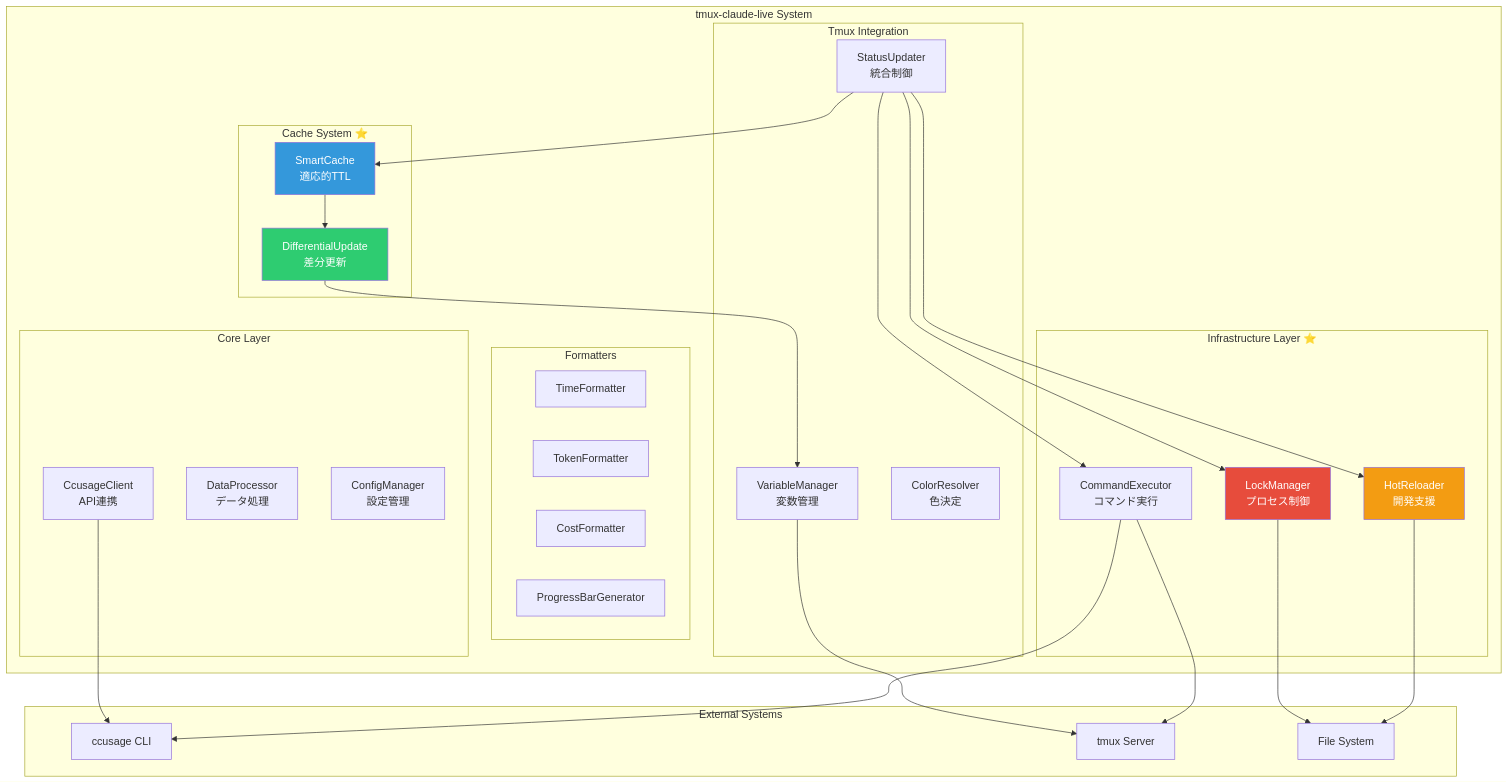
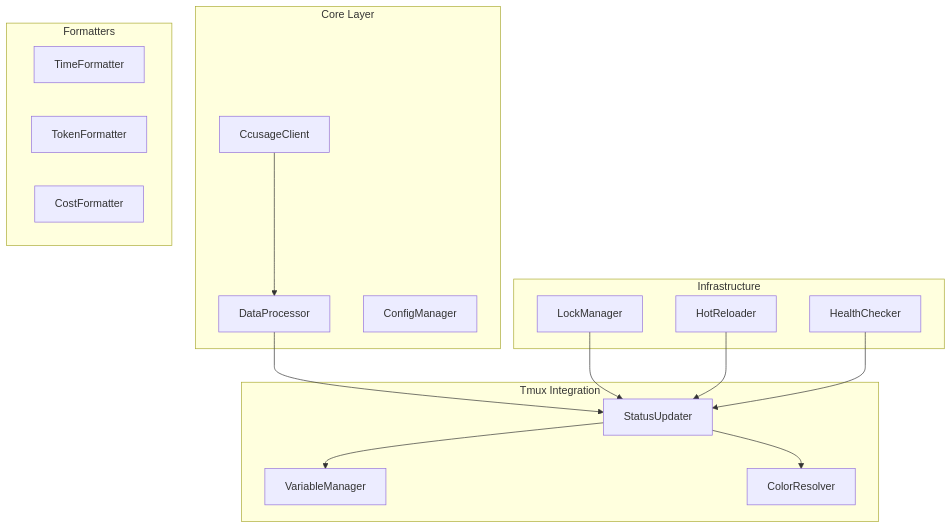
The diagram in CLAUDE.md (worldnine/tmux-claude-live), drawn with Mermaid before and after one commit. The commit also changed other lines of this file and 5 other files, not shown here.

````diff
--- a/CLAUDE.md
+++ b/CLAUDE.md
@@ -695,63 +240,33 @@
 ```mermaid
 graph TB
-    subgraph "tmux-claude-live System"
-        subgraph "Core Layer"
-            CC[CcusageClient<br/>API連携]
-            DP[DataProcessor<br/>データ処理]
-            CM[ConfigManager<br/>設定管理]
-        end
-        
-        subgraph "Infrastructure Layer ⭐"
-            LM[LockManager<br/>プロセス制御]
-            HR[HotReloader<br/>開発支援]
-            CE[CommandExecutor<br/>コマンド実行]
-        end
-        
-        subgraph "Formatters"
-            TF[TimeFormatter]
-            TokenF[TokenFormatter]
-            CF[CostFormatter]
-            PBG[ProgressBarGenerator]
-        end
-        
-        subgraph "Tmux Integration"
-            VM[VariableManager<br/>変数管理]
-            CR[ColorResolver<br/>色決定]
-            SU[StatusUpdater<br/>統合制御]
-        end
-        
-        subgraph "Cache System ⭐"
-            SC[SmartCache<br/>適応的TTL]
-            DU[DifferentialUpdate<br/>差分更新]
-        end
+    subgraph "Core Layer"
+        CC[CcusageClient]
+        DP[DataProcessor]
+        CM[ConfigManager]
     end
     
-    subgraph "External Systems"
-        CCUSAGE[ccusage CLI]
-        TMUX[tmux Server]
-        FS[File System]
+    subgraph "Formatters"
+        TF[TimeFormatter]
+        TokenF[TokenFormatter]
+        CF[CostFormatter]
     end
     
-    %% データフロー
-    CC --> CCUSAGE
-    SU --> SC
-    SC --> DU
-    DU --> VM
-    VM --> TMUX
+    subgraph "Tmux Integration"
+        VM[VariableManager]
+        CR[ColorResolver]
+        SU[StatusUpdater]
+    end
     
-    %% 制御フロー
-    LM --> FS
-    HR --> FS
-    CE --> CCUSAGE
-    CE --> TMUX
+    subgraph "Infrastructure"
+        LM[LockManager]
+        HR[HotReloader]
+        HC[HealthChecker]
+    end
     
-    %% インフラ連携
-    SU --> LM
-    SU --> HR
-    SU --> CE
-    
-    style LM fill:#e74c3c,color:#fff
-    style HR fill:#f39c12,color:#fff
-    style SC fill:#3498db,color:#fff
-    style DU fill:#2ecc71,color:#fff
+    CC --> DP --> SU
+    SU --> VM
+    SU --> CR
+    LM --> SU
+    HR --> SU
+    HC --> SU
 ```
````
